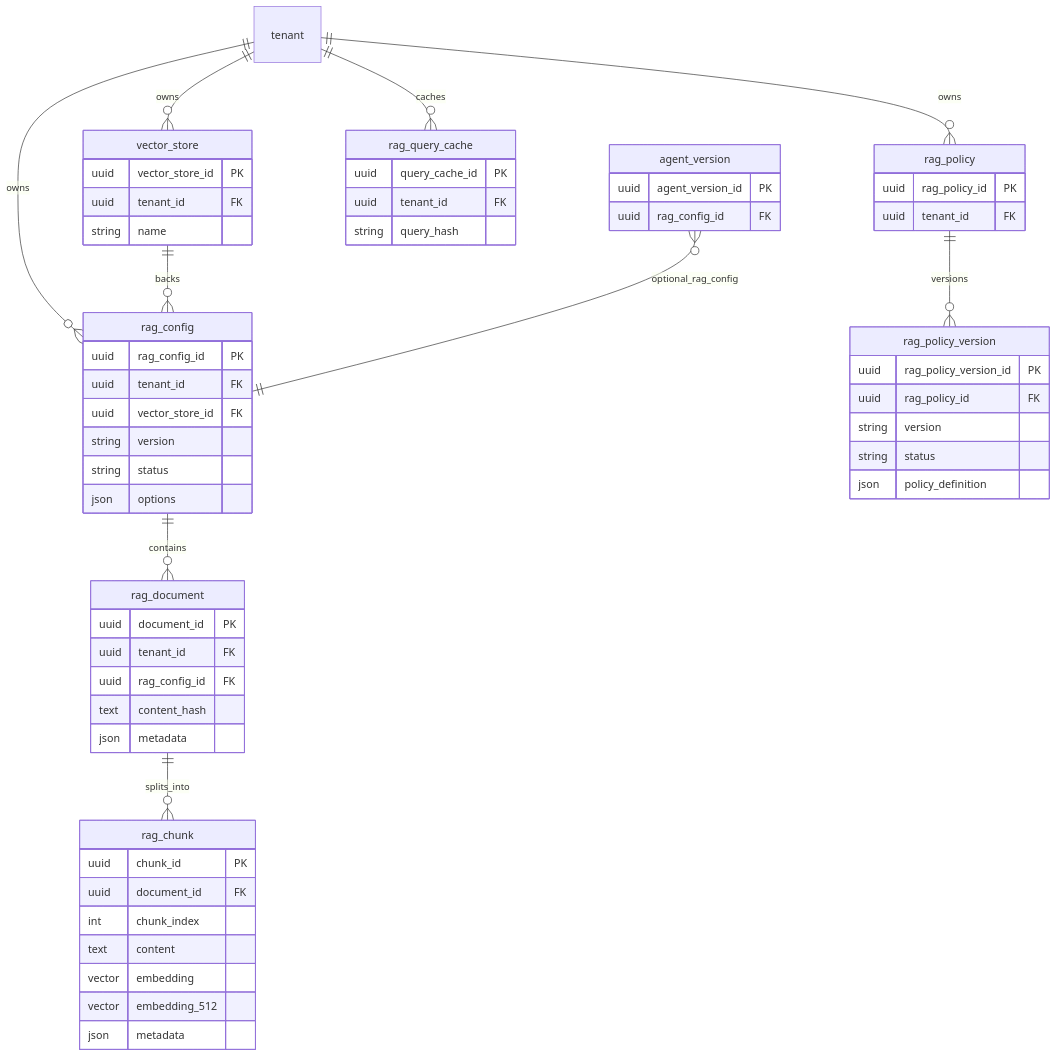
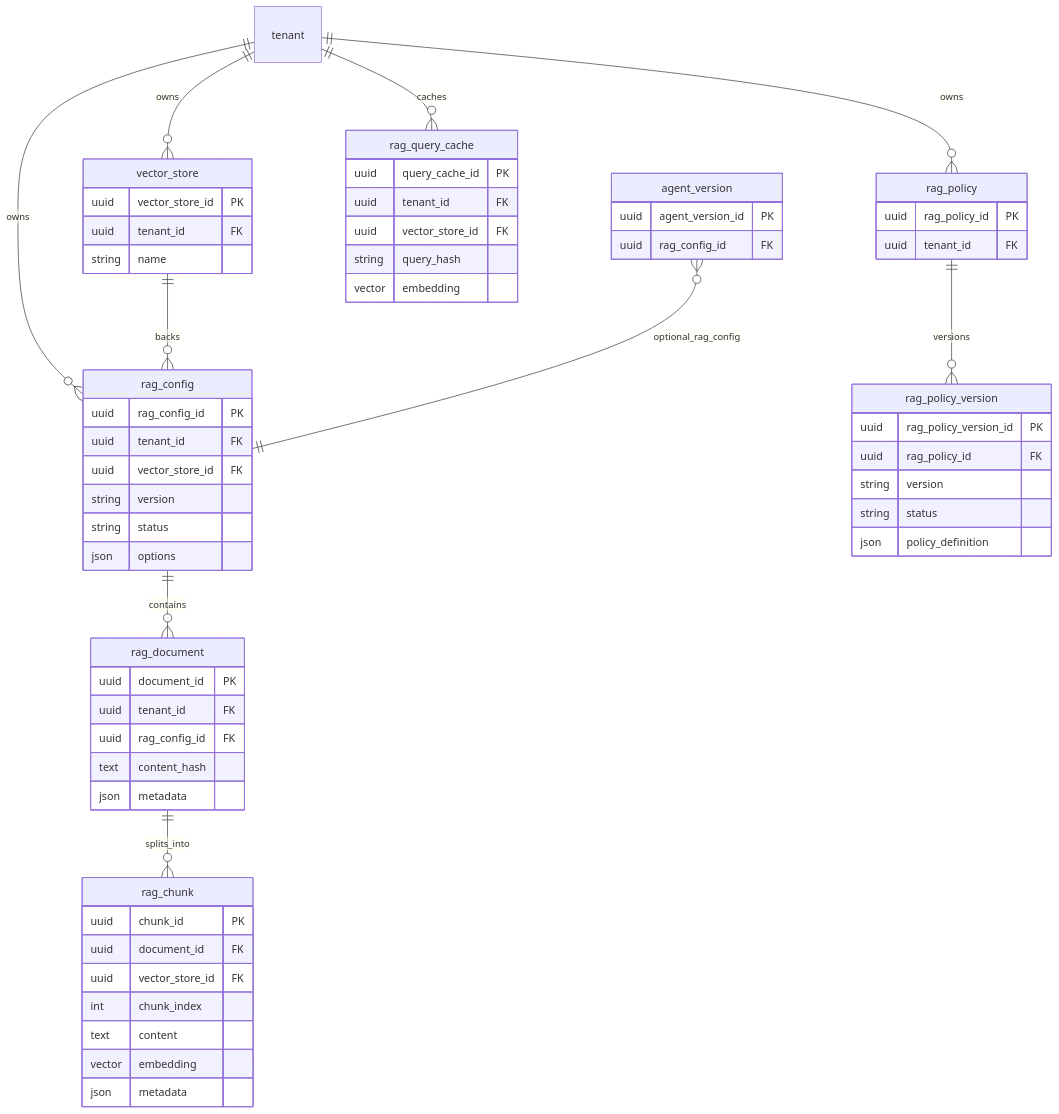
One commit to marcosvs98/agent-orchestration-core changed the first of 6 diagrams in docs/rag-application.md. Above: the diagram before and after it, drawn with Mermaid. The commit also changed 54 other files, not shown here.

````diff
--- a/docs/rag-application.md
+++ b/docs/rag-application.md
@@ -205,69 +205,71 @@
 ```mermaid
 erDiagram
   tenant ||--o{ vector_store : owns
   tenant ||--o{ rag_config : owns
   tenant ||--o{ rag_policy : owns
   vector_store ||--o{ rag_config : backs
   rag_config ||--o{ rag_document : contains
   rag_document ||--o{ rag_chunk : splits_into
   tenant ||--o{ rag_query_cache : caches
   rag_policy ||--o{ rag_policy_version : versions
   agent_version }o--|| rag_config : optional_rag_config
 
   vector_store {
     uuid vector_store_id PK
     uuid tenant_id FK
     string name
   }
 
   rag_config {
     uuid rag_config_id PK
     uuid tenant_id FK
     uuid vector_store_id FK
     string version
     string status
     json options
   }
 
   rag_document {
     uuid document_id PK
     uuid tenant_id FK
     uuid rag_config_id FK
     text content_hash
     json metadata
   }
 
   rag_chunk {
     uuid chunk_id PK
     uuid document_id FK
+    uuid vector_store_id FK
     int chunk_index
     text content
     vector embedding
-    vector embedding_512
     json metadata
   }
 
   rag_query_cache {
     uuid query_cache_id PK
     uuid tenant_id FK
+    uuid vector_store_id FK
     string query_hash
+    vector embedding
   }
 
   rag_policy {
     uuid rag_policy_id PK
     uuid tenant_id FK
   }
 
   rag_policy_version {
     uuid rag_policy_version_id PK
     uuid rag_policy_id FK
     string version
     string status
     json policy_definition
   }
 
   agent_version {
     uuid agent_version_id PK
     uuid rag_config_id FK
   }
 ```
````
